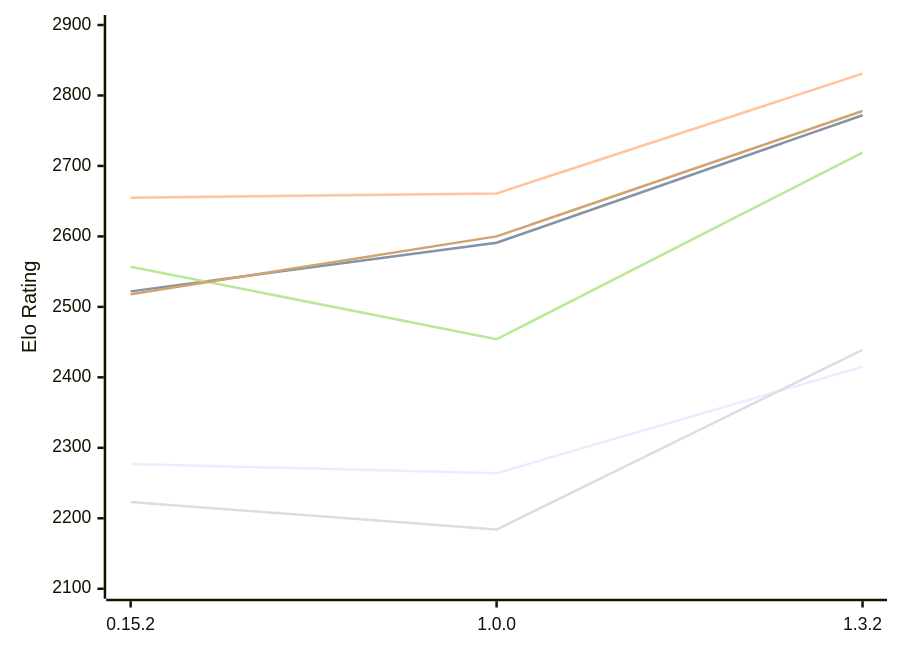
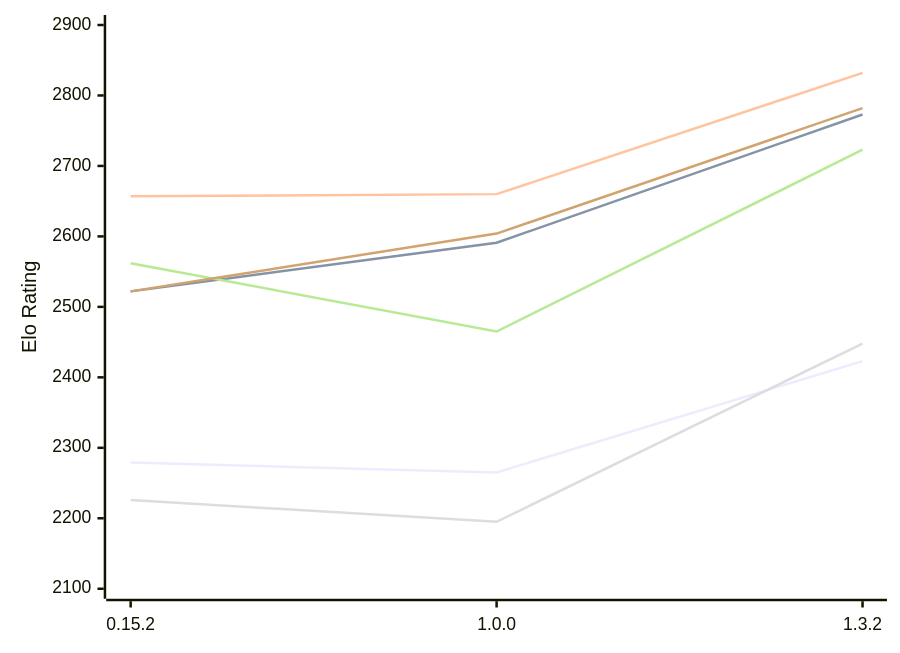
The diagram in engines/ElephantGambit.md (computer-chess-index/cci), drawn with Mermaid before and after one commit. The commit also changed other lines of this file, not shown here.

Commit message:
Update CCI Ratings (ELO VLTC) - 2026-11-17

````diff
--- a/engines/ElephantGambit.md
+++ b/engines/ElephantGambit.md
@@ -52,12 +52,12 @@
 ```mermaid
 %%{init: {"theme":"base","themeVariables":{"seriesColors:['#a3a3a3','#222221','#faa371']}}}%%
 xychart-beta
   x-axis ["0.15.2", "1.0.0", "1.3.2"]
   y-axis "Elo Rating" 2100 --> 2900
-  line "E1: STC (8.0+0.08s)" [2277, 2264, 2415]
-  line "E1: LTC (60.0+0.60s)" [2522, 2591, 2772]
-  line "E1: VLTC (2m24s+1.12s)" [2655, 2661, 2831]
-  line "P1: STC (8.0+0.08s)" [2223, 2184, 2439]
-  line "P1: LTC (60.0+0.60s)" [2557, 2454, 2719]
-  line "P1: VLTC (2m24s+1.12s)" [2518, 2600, 2778]
+  line "E1: STC (8.0+0.08s)" [2279, 2265, 2423]
+  line "E1: LTC (60.0+0.60s)" [2522, 2591, 2773]
+  line "E1: VLTC (2m24s+1.12s)" [2657, 2660, 2832]
+  line "P1: STC (8.0+0.08s)" [2226, 2195, 2448]
+  line "P1: LTC (60.0+0.60s)" [2562, 2465, 2723]
+  line "P1: VLTC (2m24s+1.12s)" [2522, 2604, 2782]
 ```
````
